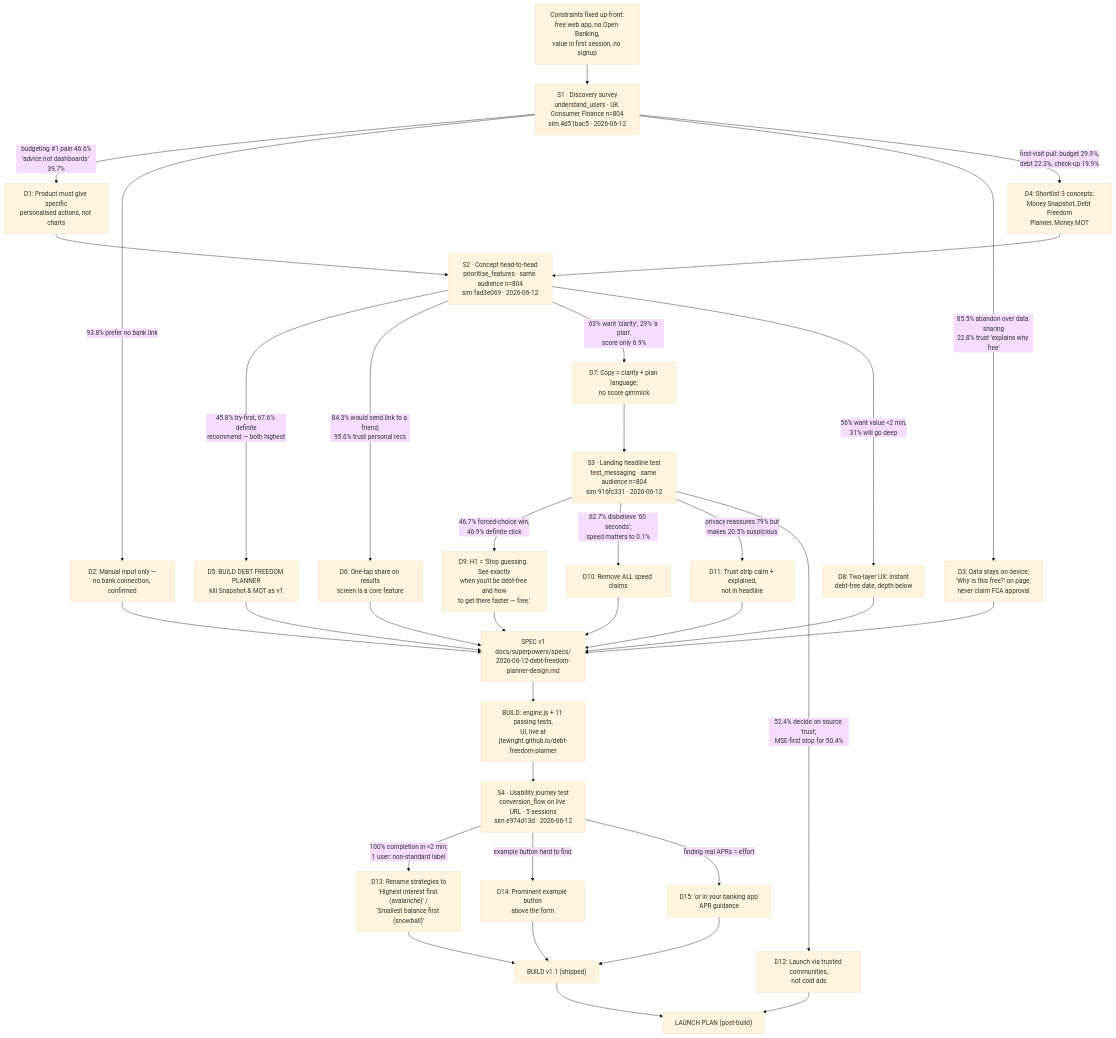
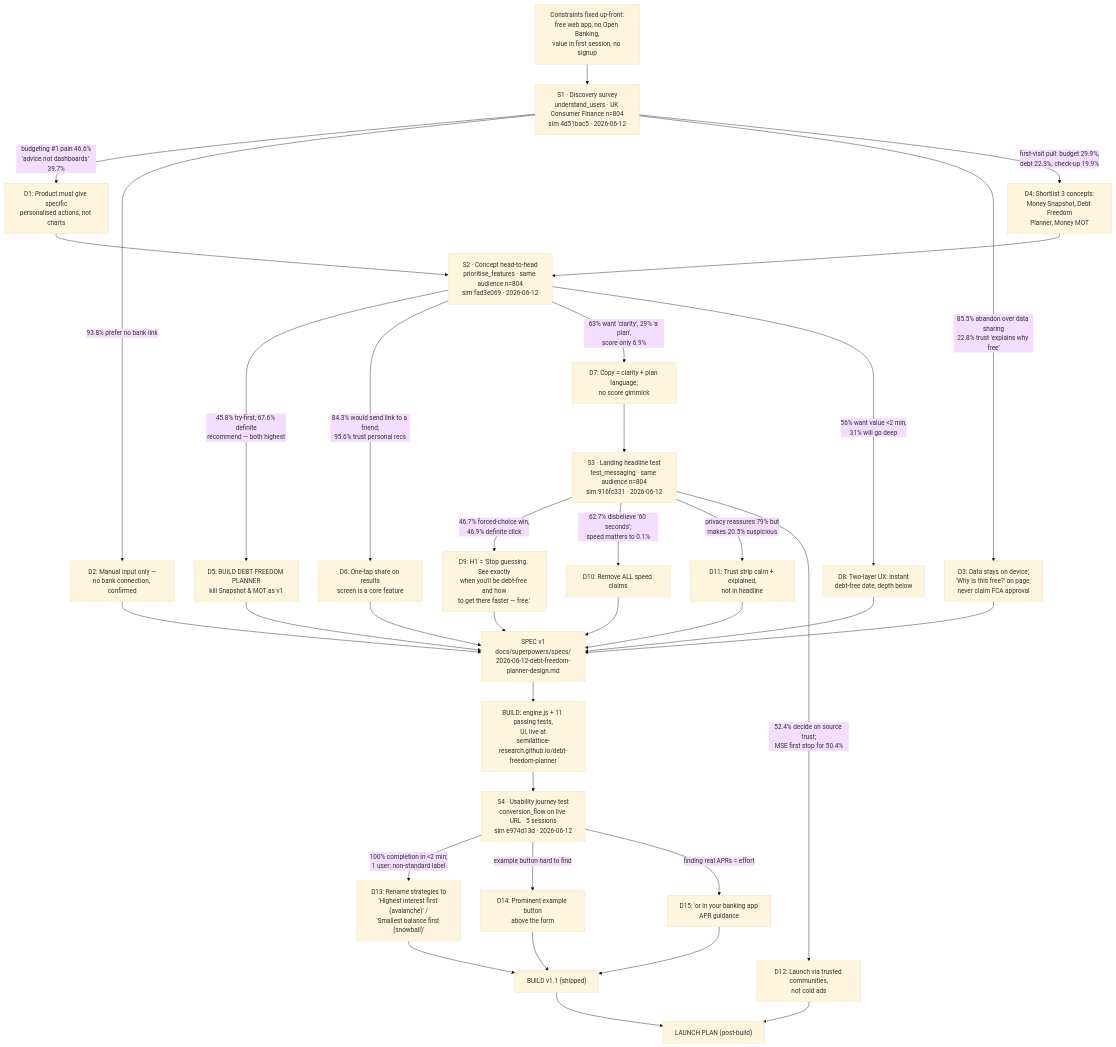
Before and after one commit to semilattice-research/debt-freedom-planner: the diagram in DECISION_GRAPH.md, drawn with Mermaid (base theme). The commit also changed 4 other files, not shown here.

Commit message:
Add README; move to semilattice-research org (URLs updated)

````diff
--- a/DECISION_GRAPH.md
+++ b/DECISION_GRAPH.md
@@ -7,50 +7,50 @@
 ```mermaid
 graph TD
     C0[Constraints fixed up-front:<br/>free web app, no Open Banking,<br/>value in first session, no signup]
 
     S1["S1 · Discovery survey<br/>understand_users · UK Consumer Finance n=804<br/>sim 4d51bac5 · 2026-06-12"]
     C0 --> S1
 
     S1 -->|"budgeting #1 pain 46.6%<br/>'advice not dashboards' 39.7%"| D1[D1: Product must give specific<br/>personalised actions, not charts]
     S1 -->|"93.8% prefer no bank link"| D2[D2: Manual input only —<br/>no bank connection, confirmed]
     S1 -->|"85.5% abandon over data sharing<br/>22.8% trust 'explains why free'"| D3[D3: Data stays on device;<br/>'Why is this free?' on page;<br/>never claim FCA approval]
     S1 -->|"first-visit pull: budget 29.9%,<br/>debt 22.3%, check-up 19.9%"| D4[D4: Shortlist 3 concepts:<br/>Money Snapshot, Debt Freedom<br/>Planner, Money MOT]
 
     D1 --> S2
     D4 --> S2
     S2["S2 · Concept head-to-head<br/>prioritise_features · same audience n=804<br/>sim fad3e069 · 2026-06-12"]
 
     S2 -->|"45.8% try-first, 67.6% definite<br/>recommend — both highest"| D5[D5: BUILD DEBT FREEDOM PLANNER<br/>kill Snapshot & MOT as v1]
     S2 -->|"84.3% would send link to a friend;<br/>95.6% trust personal recs"| D6[D6: One-tap share on results<br/>screen is a core feature]
     S2 -->|"63% want 'clarity', 29% 'a plan',<br/>score only 6.9%"| D7[D7: Copy = clarity + plan language;<br/>no score gimmick]
     S2 -->|"56% want value &lt;2 min,<br/>31% will go deep"| D8[D8: Two-layer UX: instant<br/>debt-free date, depth below]
 
     D5 --> SPEC
     D6 --> SPEC
     D7 --> S3
     D8 --> SPEC
     D2 --> SPEC
     D3 --> SPEC
 
     S3["S3 · Landing headline test<br/>test_messaging · same audience n=804<br/>sim 916fc331 · 2026-06-12"]
     S3 -->|"46.7% forced-choice win,<br/>46.9% definite click"| D9["D9: H1 = 'Stop guessing. See exactly<br/>when you'll be debt-free and how<br/>to get there faster — free.'"]
     S3 -->|"62.7% disbelieve '60 seconds';<br/>speed matters to 0.1%"| D10[D10: Remove ALL speed claims]
     S3 -->|"privacy reassures 79% but<br/>makes 20.5% suspicious"| D11[D11: Trust strip calm + explained,<br/>not in headline]
     S3 -->|"52.4% decide on source trust;<br/>MSE first stop for 50.4%"| D12[D12: Launch via trusted communities,<br/>not cold ads]
     D9 --> SPEC
     D10 --> SPEC
     D11 --> SPEC
     D12 --> LAUNCH["LAUNCH PLAN (post-build)"]
 
     SPEC["SPEC v1<br/>docs/superpowers/specs/<br/>2026-06-12-debt-freedom-planner-design.md"]
 
-    SPEC --> BUILD["BUILD: engine.js + 11 passing tests,<br/>UI, live at<br/>jtewright.github.io/debt-freedom-planner"]
+    SPEC --> BUILD["BUILD: engine.js + 11 passing tests,<br/>UI, live at<br/>semilattice-research.github.io/debt-freedom-planner"]
     BUILD --> S4["S4 · Usability journey test<br/>conversion_flow on live URL · 5 sessions<br/>sim e974d13d · 2026-06-12"]
     S4 -->|"100% completion in &lt;2 min;<br/>1 user: non-standard label"| D13["D13: Rename strategies to<br/>'Highest interest first (avalanche)' /<br/>'Smallest balance first (snowball)'"]
     S4 -->|"example button hard to find"| D14[D14: Prominent example button<br/>above the form]
     S4 -->|"finding real APRs = effort"| D15[D15: 'or in your banking app'<br/>APR guidance]
     D13 --> BUILD2["BUILD v1.1 (shipped)"]
     D14 --> BUILD2
     D15 --> BUILD2
     BUILD2 --> LAUNCH
 ```
````
